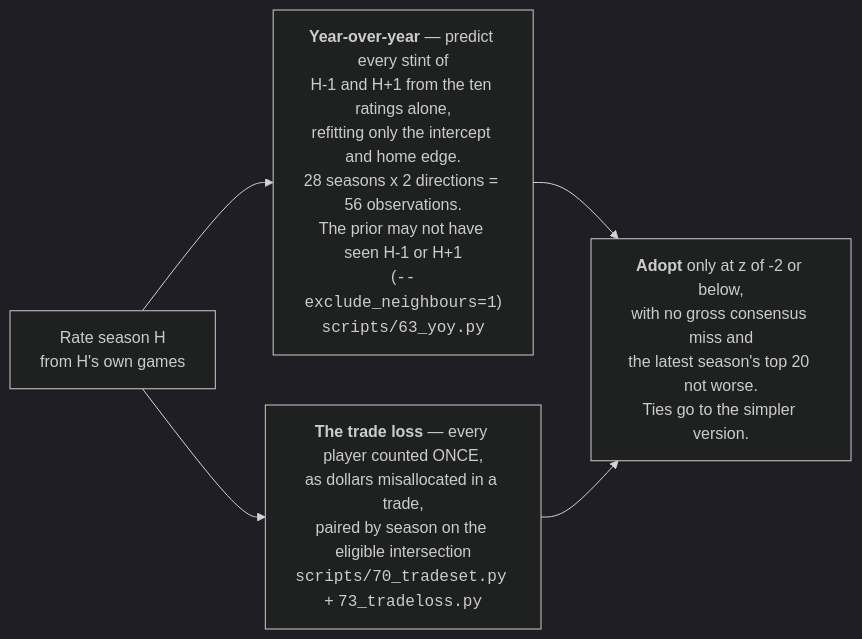
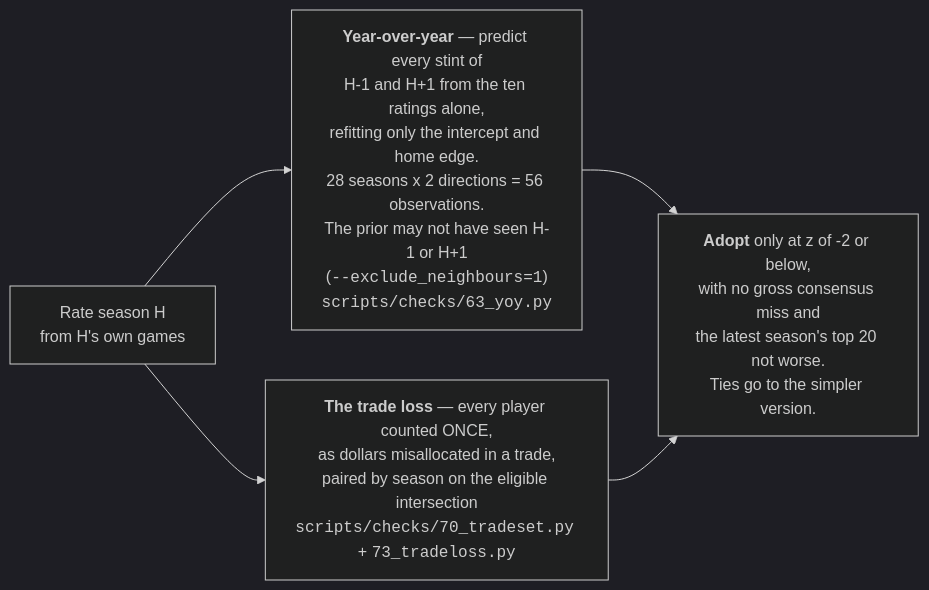
The second of 4 diagrams in PIPELINE.md (bbstats/openrapm), drawn with Mermaid (dark theme) before and after one commit. The commit also changed other lines of this file and 72 other files, not shown here.

First line of the commit message:
The experiment checks move to scripts/checks: argparse, small functions, no borrowing

````diff
--- a/PIPELINE.md
+++ b/PIPELINE.md
@@ -107,7 +107,7 @@
 ```mermaid
 flowchart LR
-    R["Rate season H<br/>from H's own games"] --> YOY["<b>Year-over-year</b> — predict every stint of<br/>H-1 and H+1 from the ten ratings alone,<br/>refitting only the intercept and home edge.<br/>28 seasons x 2 directions = 56 observations.<br/>The prior may not have seen H-1 or H+1<br/>(<code>--exclude_neighbours=1</code>)<br/><code>scripts/63_yoy.py</code>"]
-    R --> TR["<b>The trade loss</b> — every player counted ONCE,<br/>as dollars misallocated in a trade,<br/>paired by season on the eligible intersection<br/><code>scripts/70_tradeset.py</code> + <code>73_tradeloss.py</code>"]
+    R["Rate season H<br/>from H's own games"] --> YOY["<b>Year-over-year</b> — predict every stint of<br/>H-1 and H+1 from the ten ratings alone,<br/>refitting only the intercept and home edge.<br/>28 seasons x 2 directions = 56 observations.<br/>The prior may not have seen H-1 or H+1<br/>(<code>--exclude_neighbours=1</code>)<br/><code>scripts/checks/63_yoy.py</code>"]
+    R --> TR["<b>The trade loss</b> — every player counted ONCE,<br/>as dollars misallocated in a trade,<br/>paired by season on the eligible intersection<br/><code>scripts/checks/70_tradeset.py</code> + <code>73_tradeloss.py</code>"]
     YOY --> D["<b>Adopt</b> only at z of -2 or below,<br/>with no gross consensus miss and<br/>the latest season's top 20 not worse.<br/>Ties go to the simpler version."]
     TR --> D
 ```
````
